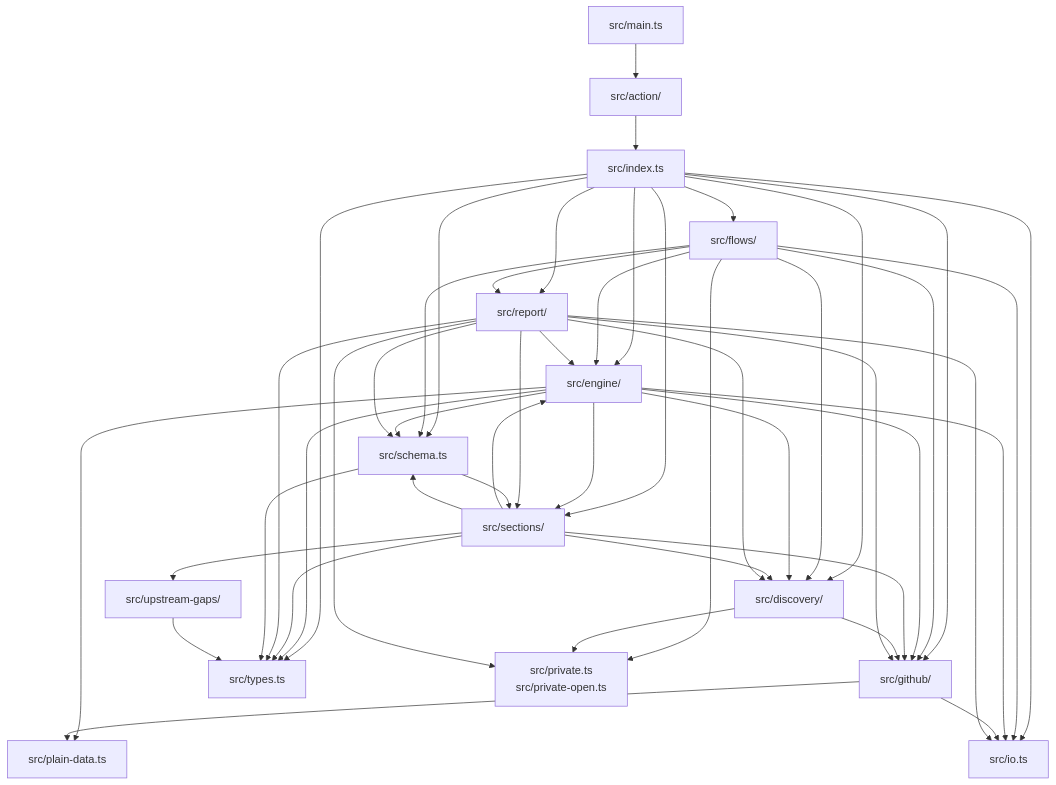
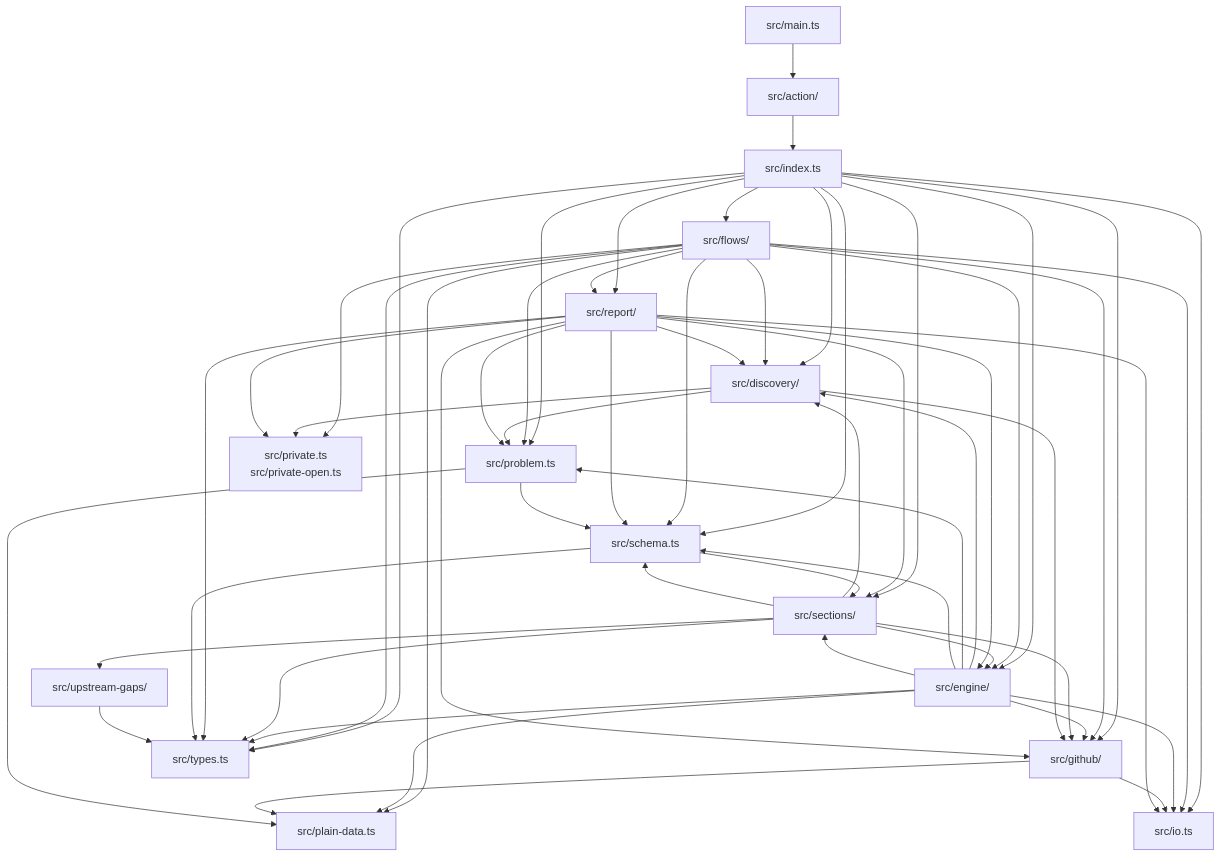
One commit to Vivswan/github-settings-as-code changed the eighth of 8 diagrams in docs/reference/architecture.md. Above: the diagram before and after it, drawn with Mermaid. The commit also changed 72 other files, not shown here.

````diff
--- a/docs/reference/architecture.md
+++ b/docs/reference/architecture.md
@@ -229,64 +229,74 @@
 ```mermaid
 graph TD
   main["src/main.ts"]
   action["src/action/"]
   library["src/index.ts"]
   flows["src/flows/"]
   engine["src/engine/"]
   sections["src/sections/"]
   github["src/github/"]
   discovery["src/discovery/"]
   report["src/report/"]
   schema["src/schema.ts"]
   io["src/io.ts"]
+  problem["src/problem.ts"]
   types["src/types.ts"]
   plain_data["src/plain-data.ts"]
   private["src/private.ts<br>src/private-open.ts"]
   upstream_gaps["src/upstream-gaps/"]
   main --> action
   action --> library
   library --> discovery
   library --> engine
   library --> flows
   library --> github
   library --> io
+  library --> problem
   library --> report
   library --> schema
   library --> sections
   library --> types
   flows --> discovery
   flows --> engine
   flows --> github
   flows --> io
+  flows --> plain_data
   flows --> private
+  flows --> problem
   flows --> report
   flows --> schema
+  flows --> types
   engine --> discovery
   engine --> github
   engine --> io
   engine --> plain_data
+  engine --> problem
   engine --> schema
   engine --> sections
   engine --> types
   sections --> discovery
   sections --> engine
   sections --> github
   sections --> schema
   sections --> types
   sections --> upstream_gaps
   github --> io
   github --> plain_data
   discovery --> github
   discovery --> private
+  discovery --> problem
   report --> discovery
   report --> engine
   report --> github
   report --> io
   report --> private
+  report --> problem
   report --> schema
   report --> sections
   report --> types
+  problem --> plain_data
+  problem --> schema
   schema --> sections
   schema --> types
   upstream_gaps --> types
 ```
````
